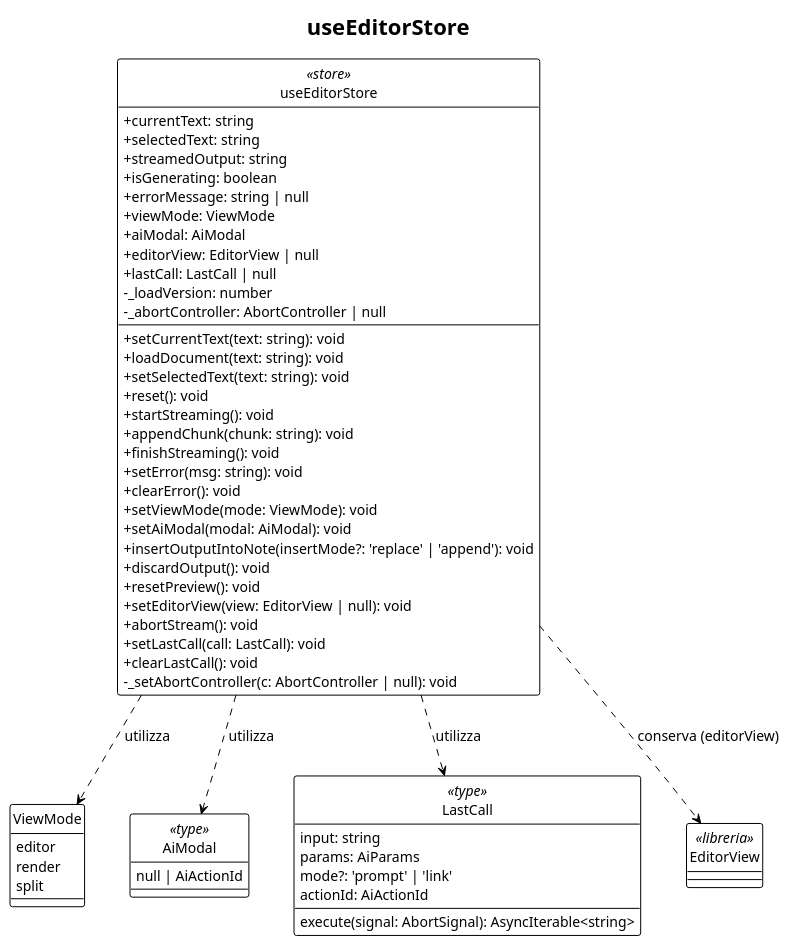
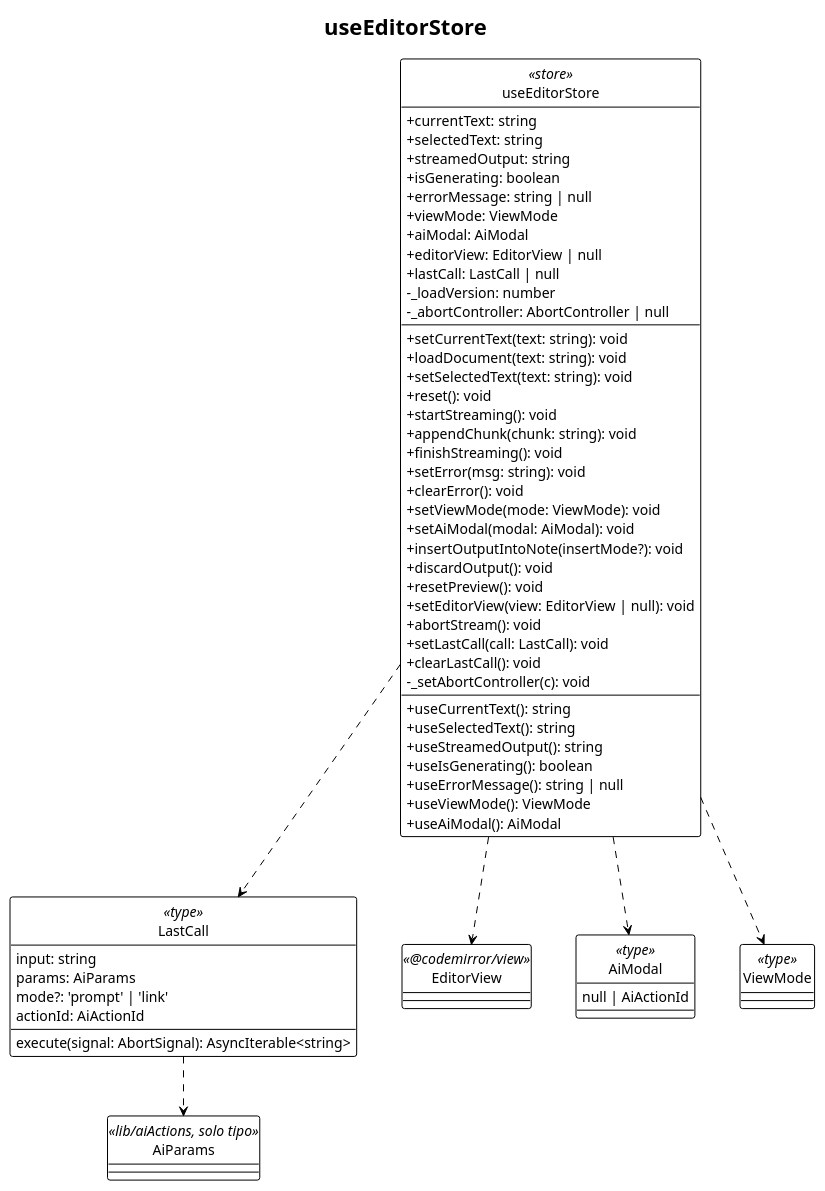
The diagram in PB/doc_esterna/specifica_tecnica/assets/plantuml/UML3.3.3-1.puml (thebitless-group-swe/thebitless.github.io), drawn with PlantUML before and after one commit. The commit also changed 35 other files, not shown here.

Commit message:
fix(ST):sistema diagrammi UML del capitolo 3.3, elimina i duplicati

```diff
--- a/PB/doc_esterna/specifica_tecnica/assets/plantuml/UML3.3.3-1.puml
+++ b/PB/doc_esterna/specifica_tecnica/assets/plantuml/UML3.3.3-1.puml
@@ -1,84 +1,82 @@
 @startuml
 !theme plain
 hide circle
 skinparam classAttributeIconSize 0
 skinparam shadowing false
 skinparam nodesep 45
 skinparam ranksep 60
 skinparam defaultFontSize 14
 
 title useEditorStore
-
-' ============================================================
-' USEEDITORSTORE
-' ============================================================
 
 class useEditorStore <<store>> {
   + currentText: string
   + selectedText: string
   + streamedOutput: string
   + isGenerating: boolean
   + errorMessage: string | null
   + viewMode: ViewMode
   + aiModal: AiModal
   + editorView: EditorView | null
   + lastCall: LastCall | null
   - _loadVersion: number
   - _abortController: AbortController | null
   __
   + setCurrentText(text: string): void
   + loadDocument(text: string): void
   + setSelectedText(text: string): void
   + reset(): void
   + startStreaming(): void
   + appendChunk(chunk: string): void
   + finishStreaming(): void
   + setError(msg: string): void
   + clearError(): void
   + setViewMode(mode: ViewMode): void
   + setAiModal(modal: AiModal): void
-  + insertOutputIntoNote(insertMode?: 'replace' | 'append'): void
+  + insertOutputIntoNote(insertMode?): void
   + discardOutput(): void
   + resetPreview(): void
   + setEditorView(view: EditorView | null): void
   + abortStream(): void
   + setLastCall(call: LastCall): void
   + clearLastCall(): void
-  - _setAbortController(c: AbortController | null): void
+  - _setAbortController(c): void
+  __
+  + useCurrentText(): string
+  + useSelectedText(): string
+  + useStreamedOutput(): string
+  + useIsGenerating(): boolean
+  + useErrorMessage(): string | null
+  + useViewMode(): ViewMode
+  + useAiModal(): AiModal
 }
 
-' ============================================================
-' TIPI DI SUPPORTO
-' ============================================================
+together {
+  class ViewMode <<type>> {
+    'editor' | 'render' | 'split'
+  }
 
-enum ViewMode {
-  editor
-  render
-  split
-}
-
-class AiModal <<type>> {
-  null | AiActionId
+  class AiModal <<type>> {
+    null | AiActionId
+  }
 }
 
 class LastCall <<type>> {
   input: string
   params: AiParams
   mode?: 'prompt' | 'link'
   actionId: AiActionId
   execute(signal: AbortSignal): AsyncIterable<string>
 }
 
-class EditorView <<libreria>> {
-}
+class AiParams <<lib/aiActions, solo tipo>>
 
-' ============================================================
-' RELAZIONI
-' ============================================================
+class EditorView <<@codemirror/view>>
 
-useEditorStore ..> ViewMode : utilizza
-useEditorStore ..> AiModal : utilizza
-useEditorStore ..> LastCall : utilizza
-useEditorStore ..> EditorView : conserva (editorView)
+useEditorStore ..> ViewMode
+useEditorStore ..> AiModal
+useEditorStore ..> LastCall
+useEditorStore ..> EditorView
+LastCall ..> AiParams
 
 @enduml
```
